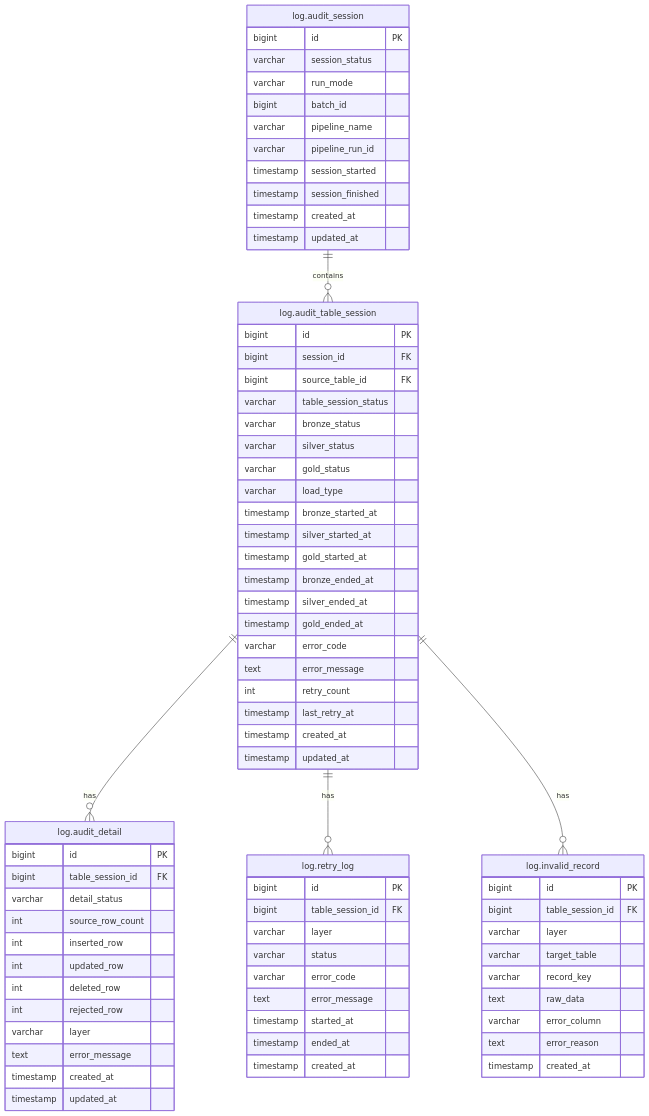
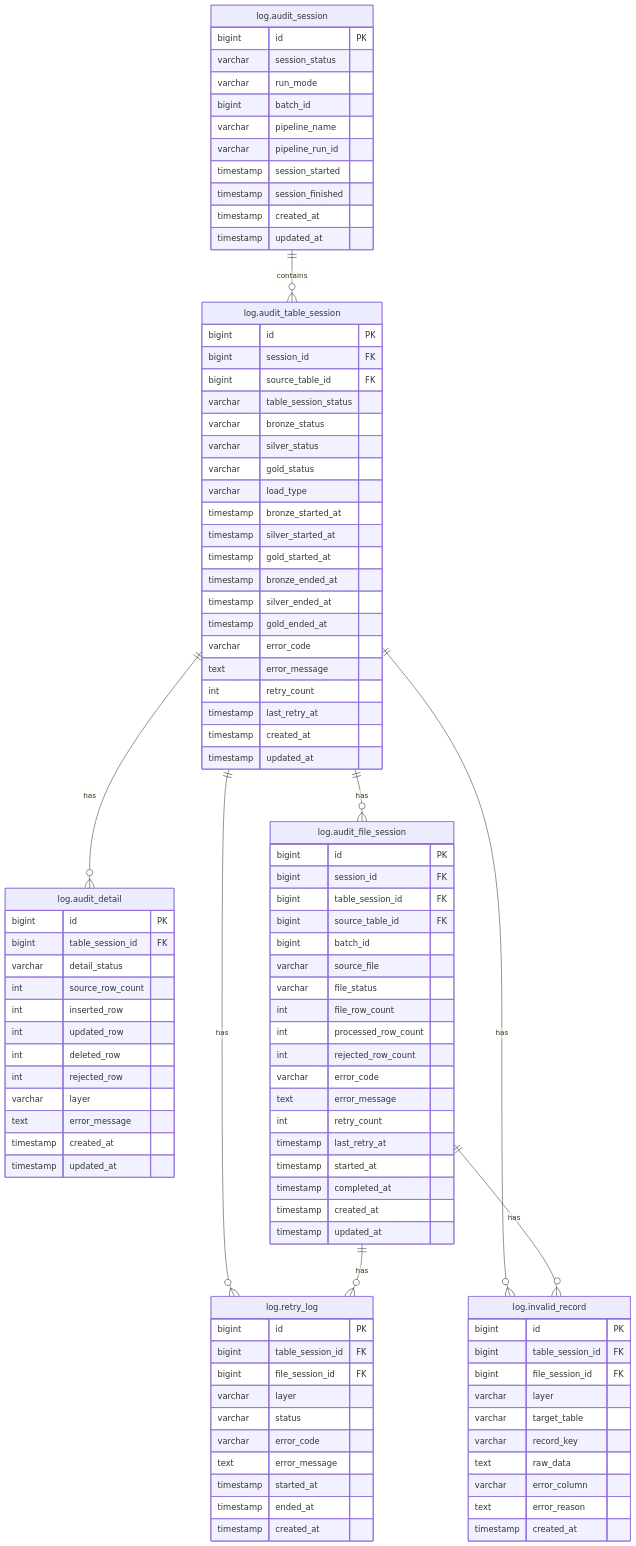
One commit to anhtnt90dev/rookies-data-dn-2026 changed the second of 2 diagrams in docs/architecture/team-1/data-workflow-control-strategy.md. Above: the diagram before and after it, drawn with Mermaid. The commit also changed other lines of this file, not shown here.

First line of the commit message:
docs(architecture): add file tracking table (#73)

```diff
--- a/docs/architecture/team-1/data-workflow-control-strategy.md
+++ b/docs/architecture/team-1/data-workflow-control-strategy.md
@@ -165,8 +165,11 @@
 erDiagram
     log.audit_session ||--o{ log.audit_table_session : contains
     log.audit_table_session ||--o{ log.audit_detail : has
+    log.audit_table_session ||--o{ log.audit_file_session : has
     log.audit_table_session ||--o{ log.retry_log : has
     log.audit_table_session ||--o{ log.invalid_record : has
+    log.audit_file_session ||--o{ log.retry_log : has
+    log.audit_file_session ||--o{ log.invalid_record : has
 
     log.audit_session {
         bigint id PK
@@ -219,9 +222,31 @@
         timestamp updated_at
     }
 
+    log.audit_file_session {
+        bigint id PK
+        bigint session_id FK
+        bigint table_session_id FK
+        bigint source_table_id FK
+        bigint batch_id
+        varchar source_file
+        varchar file_status
+        int file_row_count
+        int processed_row_count
+        int rejected_row_count
+        varchar error_code
+        text error_message
+        int retry_count
+        timestamp last_retry_at
+        timestamp started_at
+        timestamp completed_at
+        timestamp created_at
+        timestamp updated_at
+    }
+
     log.retry_log {
         bigint id PK
         bigint table_session_id FK
+        bigint file_session_id FK
         varchar layer
         varchar status
         varchar error_code
@@ -234,6 +259,7 @@
     log.invalid_record {
         bigint id PK
         bigint table_session_id FK
+        bigint file_session_id FK
         varchar layer
         varchar target_table
         varchar record_key
```
